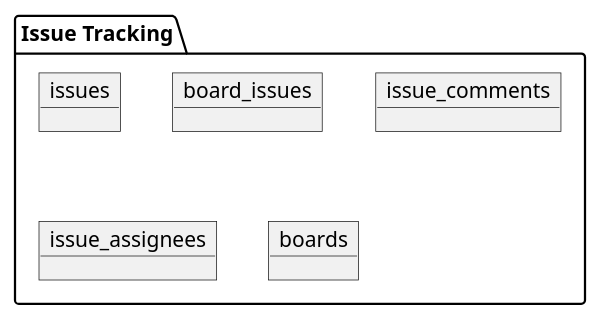
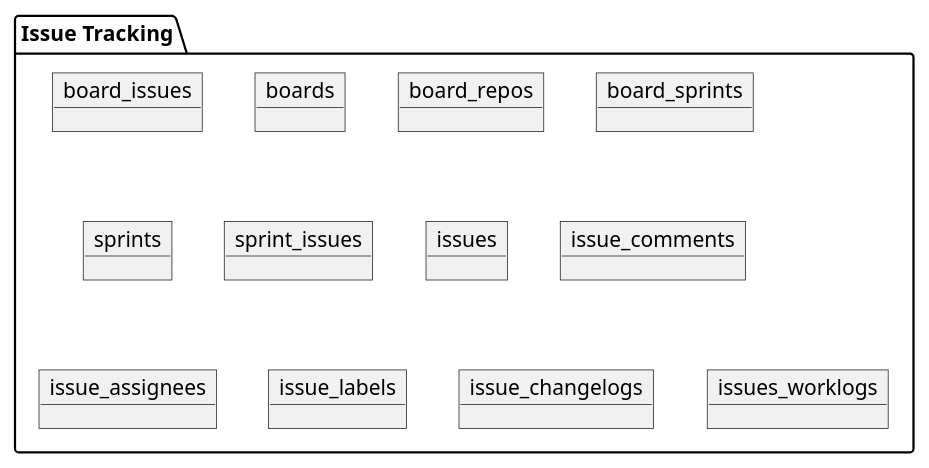
The diagram in domain_issue_tracking.puml (d4x1/devlake-plugin-analysis), drawn with PlantUML before and after one commit. The commit also changed 8 other files, not shown here.

```diff
--- a/domain_issue_tracking.puml
+++ b/domain_issue_tracking.puml
@@ -1,14 +1,23 @@
 @startuml
 'https://plantuml.com/object-diagram
 
 
 package "Issue Tracking"{
+
+    object "board_issues" as  board_issues
+    object "boards" as  boards
+    object "board_repos" as  board_repos
+    object "board_sprints" as  board_sprints
+
+    object "sprints" as  sprints
+    object "sprint_issues" as  sprint_issues
+
     object "issues" as issues
-    object "board_issues" as  board_issues
     object "issue_comments" as  issue_comments
     object "issue_assignees" as  issue_assignees
-    object "boards" as  boards
-
+    object "issue_labels" as issue_labels
+    object "issue_changelogs" as issue_changelogs
+    object "issues_worklogs" as issues_worklogs
 }
 
 @enduml
```
